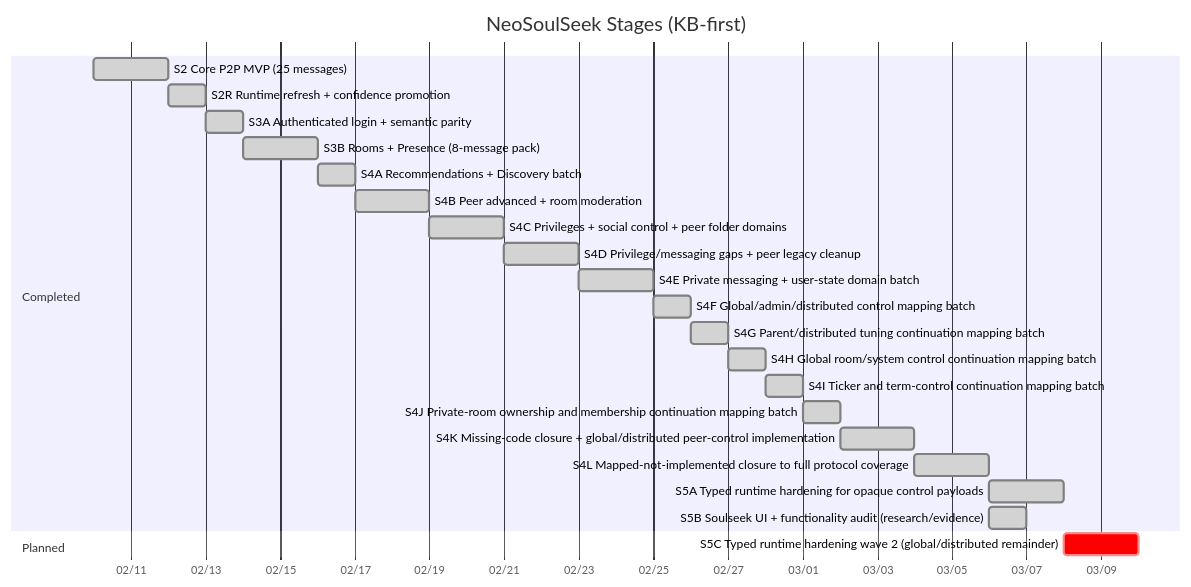
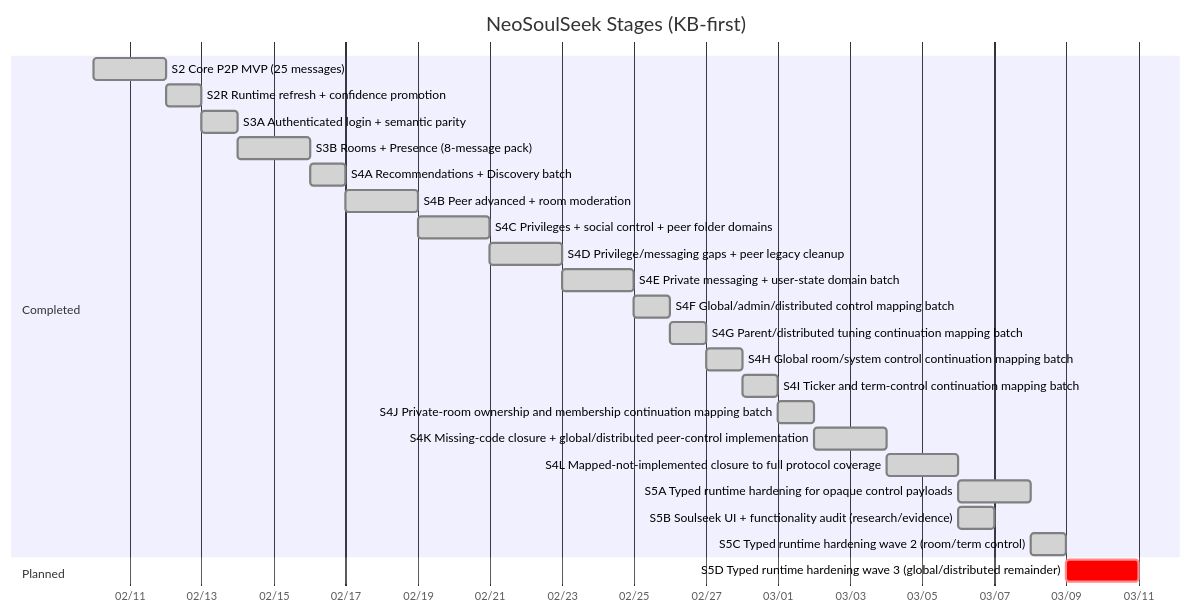
The first of 5 diagrams in docs/state/roadmap.md (fedejinich/nss), drawn with Mermaid before and after one commit. The commit also changed other lines of this file and 7 other files, not shown here.

````diff
--- a/docs/state/roadmap.md
+++ b/docs/state/roadmap.md
@@ -9,27 +9,28 @@
 ```mermaid
 gantt
     title NeoSoulSeek Stages (KB-first)
     dateFormat  YYYY-MM-DD
     axisFormat  %m/%d
     section Completed
     S2 Core P2P MVP (25 messages) :done, s2, 2026-02-10, 2d
     S2R Runtime refresh + confidence promotion :done, s2r, after s2, 1d
     S3A Authenticated login + semantic parity :done, s3a, after s2r, 1d
     S3B Rooms + Presence (8-message pack) :done, s3b, 2026-02-14, 2d
     S4A Recommendations + Discovery batch :done, s4a, after s3b, 1d
     S4B Peer advanced + room moderation :done, s4b, after s4a, 2d
     S4C Privileges + social control + peer folder domains :done, s4c, after s4b, 2d
     S4D Privilege/messaging gaps + peer legacy cleanup :done, s4d, after s4c, 2d
     S4E Private messaging + user-state domain batch :done, s4e, after s4d, 2d
     S4F Global/admin/distributed control mapping batch :done, s4f, after s4e, 1d
     S4G Parent/distributed tuning continuation mapping batch :done, s4g, after s4f, 1d
     S4H Global room/system control continuation mapping batch :done, s4h, after s4g, 1d
     S4I Ticker and term-control continuation mapping batch :done, s4i, after s4h, 1d
     S4J Private-room ownership and membership continuation mapping batch :done, s4j, after s4i, 1d
     S4K Missing-code closure + global/distributed peer-control implementation :done, s4k, after s4j, 2d
     S4L Mapped-not-implemented closure to full protocol coverage :done, s4l, after s4k, 2d
     S5A Typed runtime hardening for opaque control payloads :done, s5a, after s4l, 2d
     S5B Soulseek UI + functionality audit (research/evidence) :done, s5b, after s4l, 1d
+    S5C Typed runtime hardening wave 2 (room/term control) :done, s5c, after s5a, 1d
     section Planned
-    S5C Typed runtime hardening wave 2 (global/distributed remainder) :crit, s5c, after s5a, 2d
+    S5D Typed runtime hardening wave 3 (global/distributed remainder) :crit, s5d, after s5c, 2d
 ```
````
